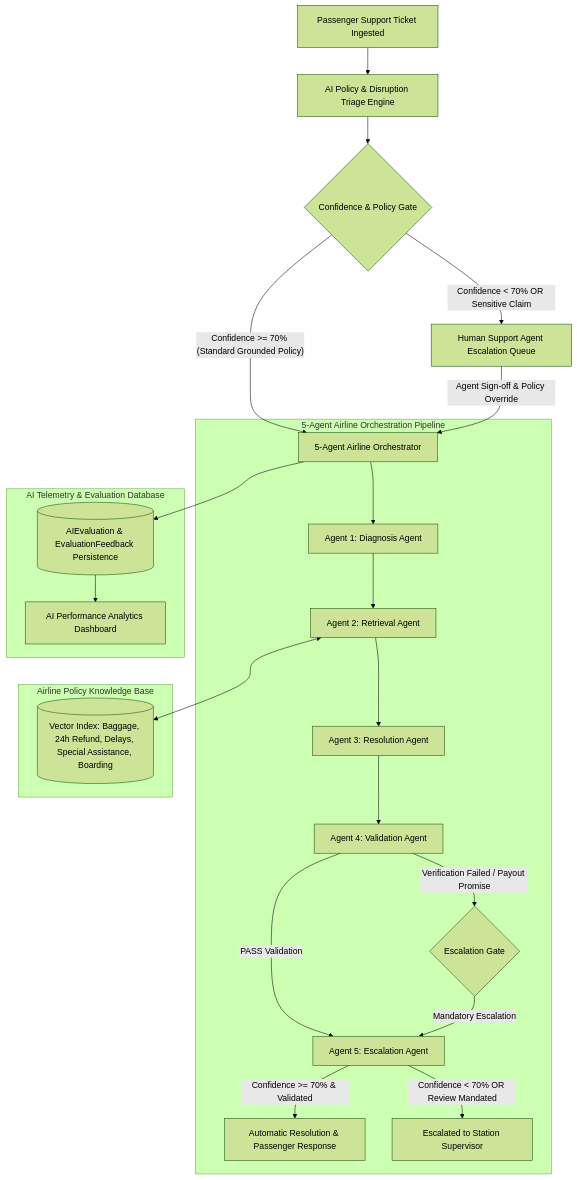
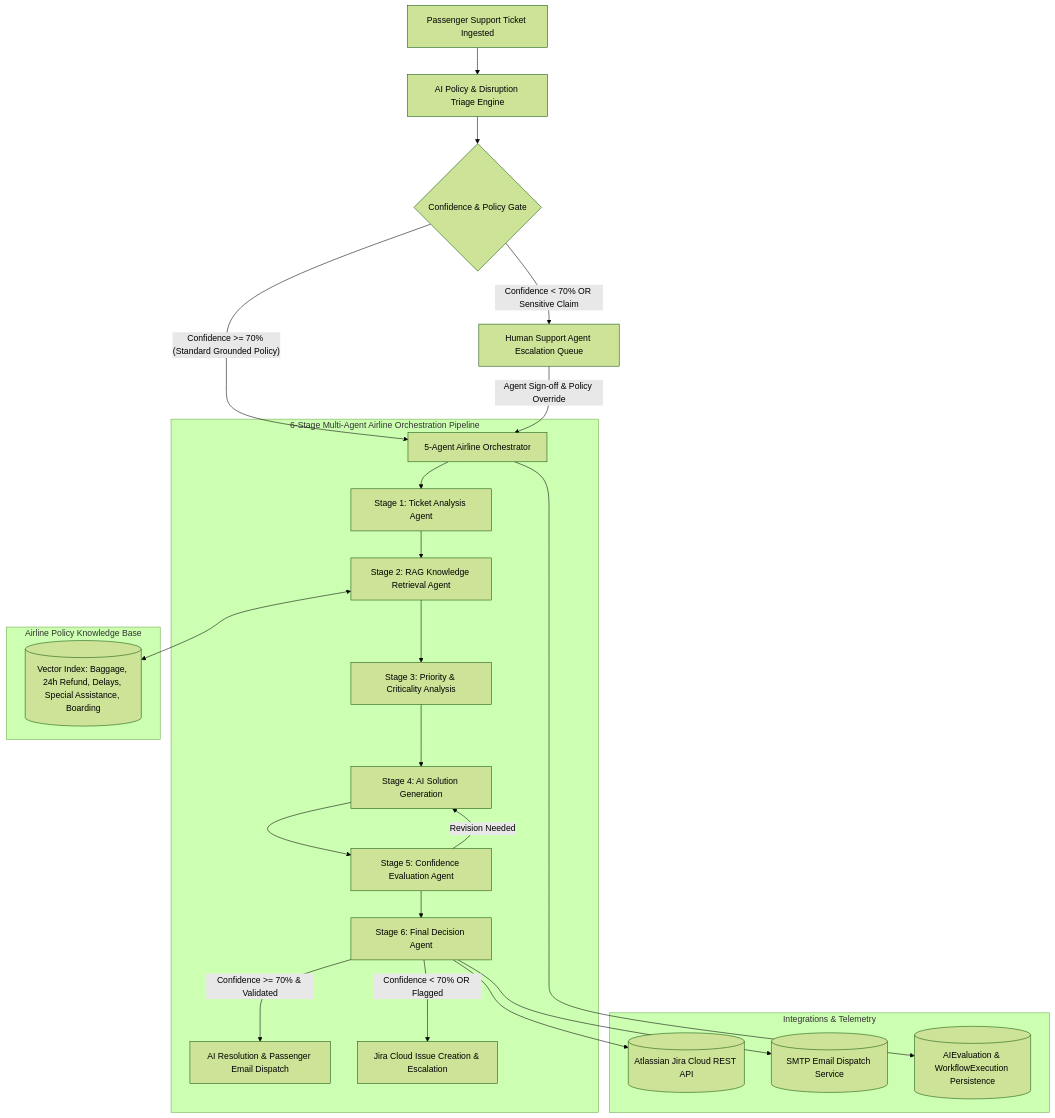
Before and after one commit to Koliki-Jhansi/Infosys-Project: the diagram in README.md, drawn with Mermaid (forest theme).

Commit message:
Update AeroAssist AI project

````diff
--- a/README.md
+++ b/README.md
@@ -11,29 +11,30 @@
 ```mermaid
 graph TD
     A[Passenger Support Ticket Ingested] --> B[AI Policy & Disruption Triage Engine]
     B --> C{Confidence & Policy Gate}
     C -- "Confidence < 70% OR Sensitive Claim" --> D[Human Support Agent Escalation Queue]
     C -- "Confidence >= 70% (Standard Grounded Policy)" --> E[5-Agent Airline Orchestrator]
     D -- "Agent Sign-off & Policy Override" --> E
 
-    subgraph "5-Agent Airline Orchestration Pipeline"
-        E --> F[Agent 1: Diagnosis Agent]
-        F --> G[Agent 2: Retrieval Agent]
-        G --> H[Agent 3: Resolution Agent]
-        H --> I[Agent 4: Validation Agent]
-        I -- "Verification Failed / Payout Promise" --> J{Escalation Gate}
-        I -- "PASS Validation" --> K[Agent 5: Escalation Agent]
-        J -- "Mandatory Escalation" --> K
-        K -- "Confidence >= 70% & Validated" --> L[Automatic Resolution & Passenger Response]
-        K -- "Confidence < 70% OR Review Mandated" --> M[Escalated to Station Supervisor]
+    subgraph "6-Stage Multi-Agent Airline Orchestration Pipeline"
+        E --> F[Stage 1: Ticket Analysis Agent]
+        F --> G[Stage 2: RAG Knowledge Retrieval Agent]
+        G --> H[Stage 3: Priority & Criticality Analysis]
+        H --> I[Stage 4: AI Solution Generation]
+        I --> J[Stage 5: Confidence Evaluation Agent]
+        J -- "Revision Needed" --> I
+        J --> K[Stage 6: Final Decision Agent]
+        K -- "Confidence >= 70% & Validated" --> L[AI Resolution & Passenger Email Dispatch]
+        K -- "Confidence < 70% OR Flagged" --> M[Jira Cloud Issue Creation & Escalation]
     end
 
     subgraph "Airline Policy Knowledge Base"
         G <--> N[(Vector Index: Baggage, 24h Refund, Delays, Special Assistance, Boarding)]
     end
 
-    subgraph "AI Telemetry & Evaluation Database"
-        E --> O[(AIEvaluation & EvaluationFeedback Persistence)]
-        O --> P[AI Performance Analytics Dashboard]
+    subgraph "Integrations & Telemetry"
+        K --> O[(Atlassian Jira Cloud REST API)]
+        K --> P[(SMTP Email Dispatch Service)]
+        E --> Q[(AIEvaluation & WorkflowExecution Persistence)]
     end
 ```
````
